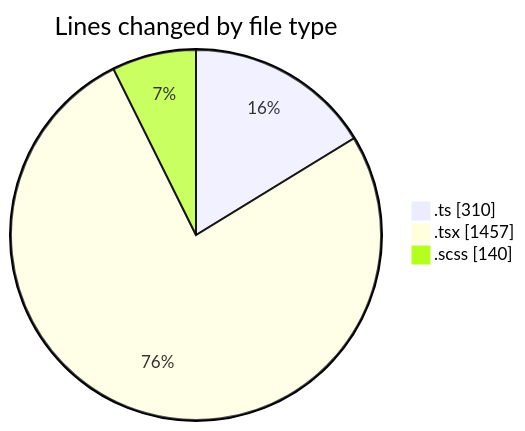
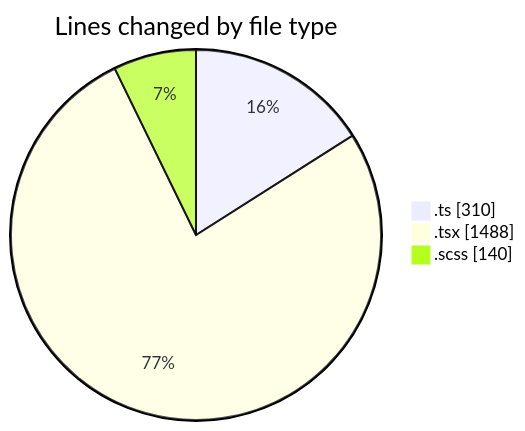
The first of 2 diagrams in 2026-09-09/cda/README.md (momahboobian/code-tracking), drawn with Mermaid before and after one commit. The commit also changed other lines of this file and 1 other file, not shown here.

````diff
--- a/2026-09-09/cda/README.md
+++ b/2026-09-09/cda/README.md
@@ -37,7 +37,7 @@
 ```mermaid
 pie showData
 title Lines changed by file type
 ".ts" : 310
-".tsx" : 1457
+".tsx" : 1488
 ".scss" : 140
 ```
````
